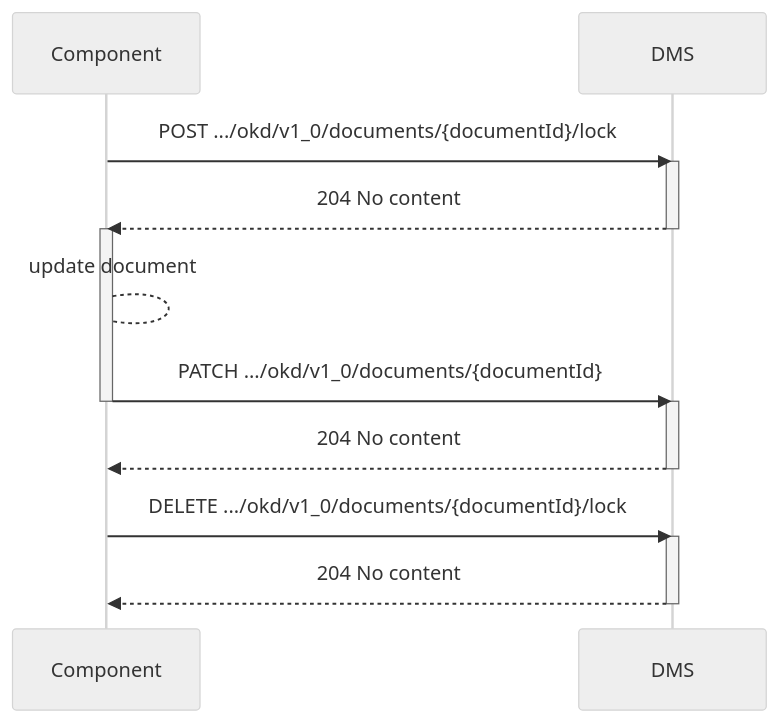
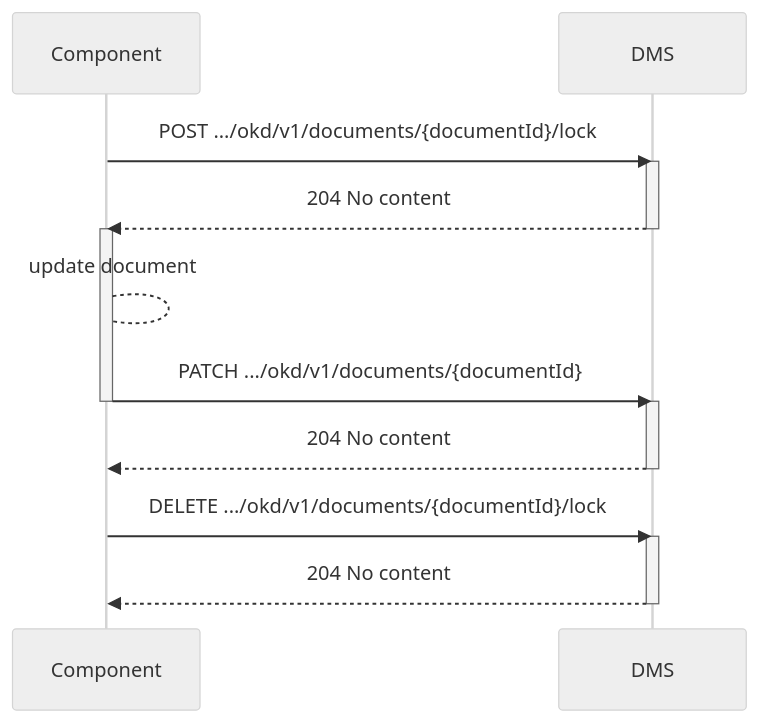
The first of 2 diagrams in doc/flow-y.md (Onderwijs-Koppelingen-OKx/OKD-Document-Management), drawn with Mermaid (neutral theme) before and after one commit. The commit also changed other lines of this file, not shown here.

Commit message:
Rename v1_0 to v1 for flow-y

````diff
--- a/doc/flow-y.md
+++ b/doc/flow-y.md
@@ -15,22 +15,22 @@
 ```mermaid
 sequenceDiagram
     participant Component
     participant DMS
-    Component->>DMS: POST .../okd/v1_0/documents/{documentId}/lock
+    Component->>DMS: POST .../okd/v1/documents/{documentId}/lock
     activate DMS
     DMS-->>Component: 204 No content
     deactivate DMS
     activate Component
     Component --> Component: update document
-    Component->>DMS: PATCH .../okd/v1_0/documents/{documentId}
+    Component->>DMS: PATCH .../okd/v1/documents/{documentId}
     deactivate Component
 
     activate DMS
     DMS-->>Component: 204 No content
     deactivate DMS
-     Component->>DMS: DELETE .../okd/v1_0/documents/{documentId}/lock
+     Component->>DMS: DELETE .../okd/v1/documents/{documentId}/lock
     activate DMS
     DMS-->>Component: 204 No content
     deactivate DMS
 
 ```
````
